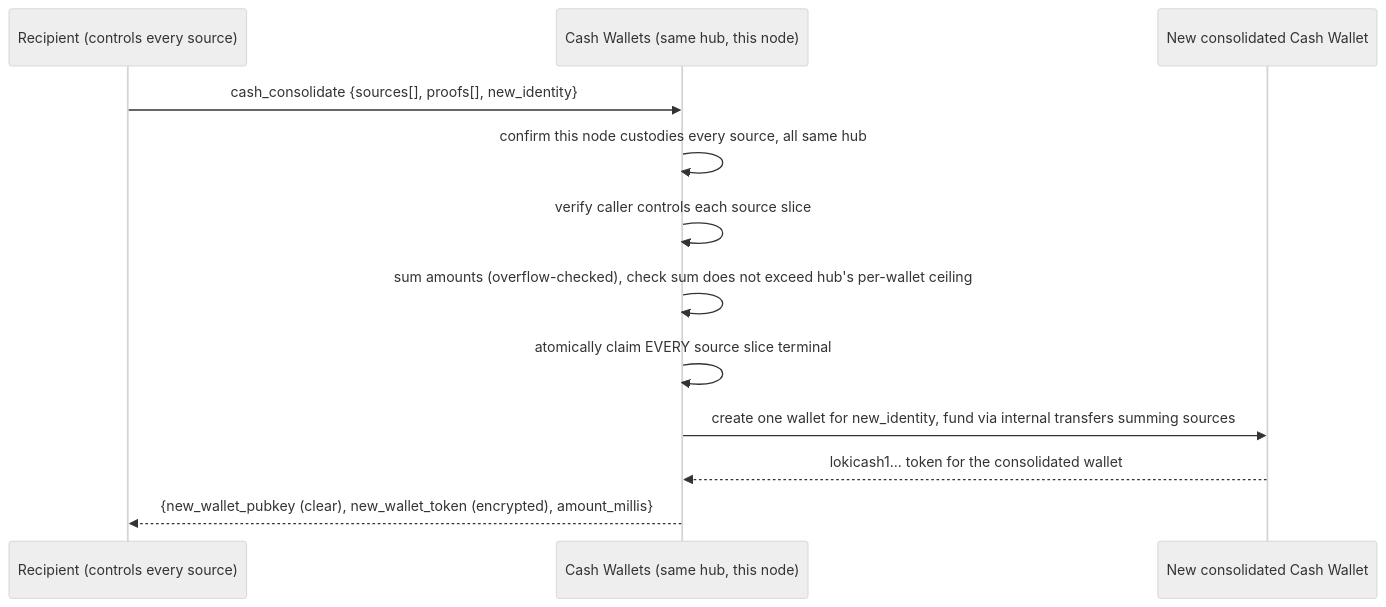
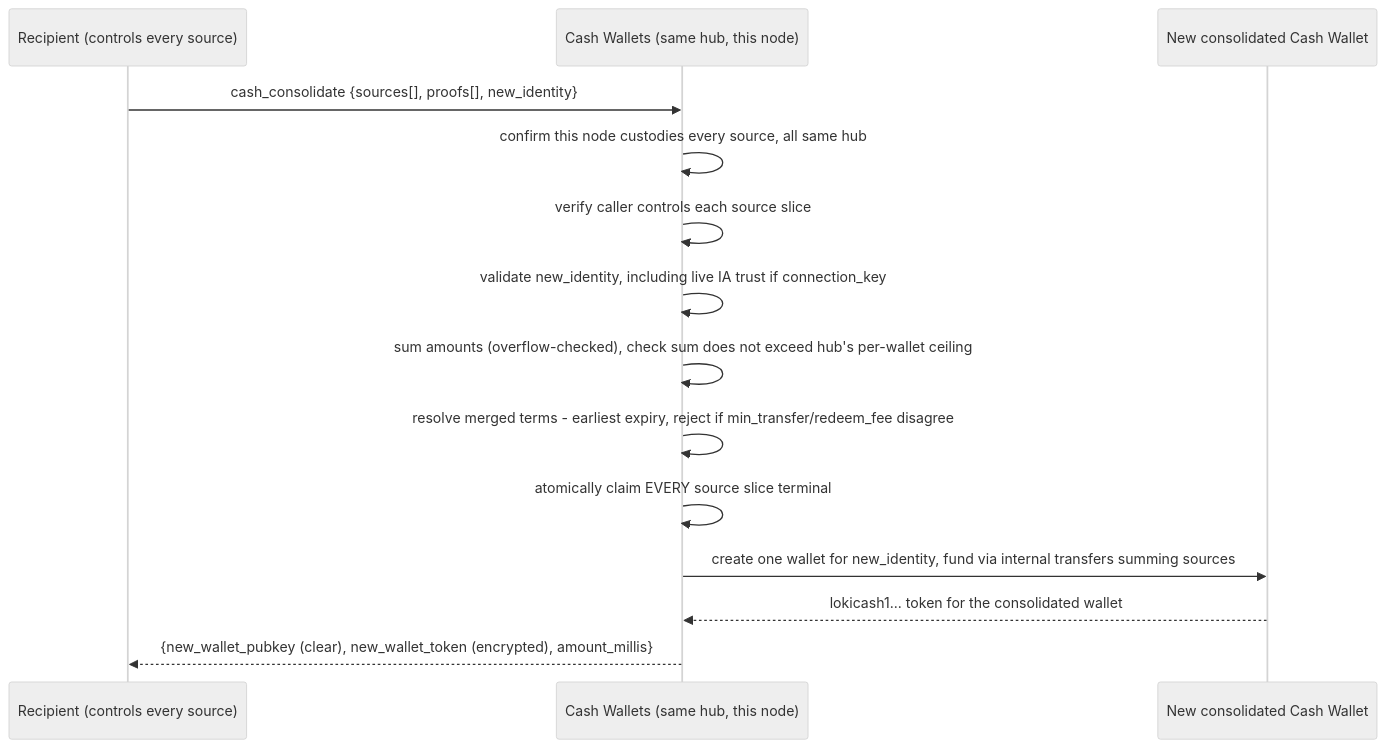
The sixth of 8 diagrams in docs/nips/NIP-CASH.md (flokiorg/lokihub), drawn with Mermaid (neutral theme) before and after one commit.

Commit message:
docs(nip-cash): add two missing steps to cash_consolidate's sequence diagram
Round 8, a new angle - checking every mermaid diagram against the
numbered Processing Algorithm it illustrates. cash_consolidate's diagram
silently dropped steps 4 (validate new_identity, including live IA trust
for connection_key) and 6 (resolve merged terms - earliest expiry,
reject on mismatched min_transfer_millis/redeem_fee_ppm) entirely,
unlike every other diagram in this document, which folds every algorithm
step into a shown arrow (sometimes combining several into one label)
rather than dropping any. Step 6 in particular is the doc's own
explicitly-named "conservative bound" MUST-reject rule, referenced
elsewhere in Security Considerations - an implementer skimming only the
diagram would miss that cash_consolidate validates new_identity at all,
or rejects on disagreeing source terms.

````diff
--- a/docs/nips/NIP-CASH.md
+++ b/docs/nips/NIP-CASH.md
@@ -814,15 +814,17 @@
 ```mermaid
 sequenceDiagram
     participant Caller as Recipient (controls every source)
     participant Node as Cash Wallets (same hub, this node)
     participant New as New consolidated Cash Wallet
 
     Caller->>Node: cash_consolidate {sources[], proofs[], new_identity}
     Node->>Node: confirm this node custodies every source, all same hub
     Node->>Node: verify caller controls each source slice
+    Node->>Node: validate new_identity, including live IA trust if connection_key
     Node->>Node: sum amounts (overflow-checked), check sum does not exceed hub's per-wallet ceiling
+    Node->>Node: resolve merged terms - earliest expiry, reject if min_transfer/redeem_fee disagree
     Node->>Node: atomically claim EVERY source slice terminal
     Node->>New: create one wallet for new_identity, fund via internal transfers summing sources
     New-->>Node: lokicash1... token for the consolidated wallet
     Node-->>Caller: {new_wallet_pubkey (clear), new_wallet_token (encrypted), amount_millis}
 ```
````
